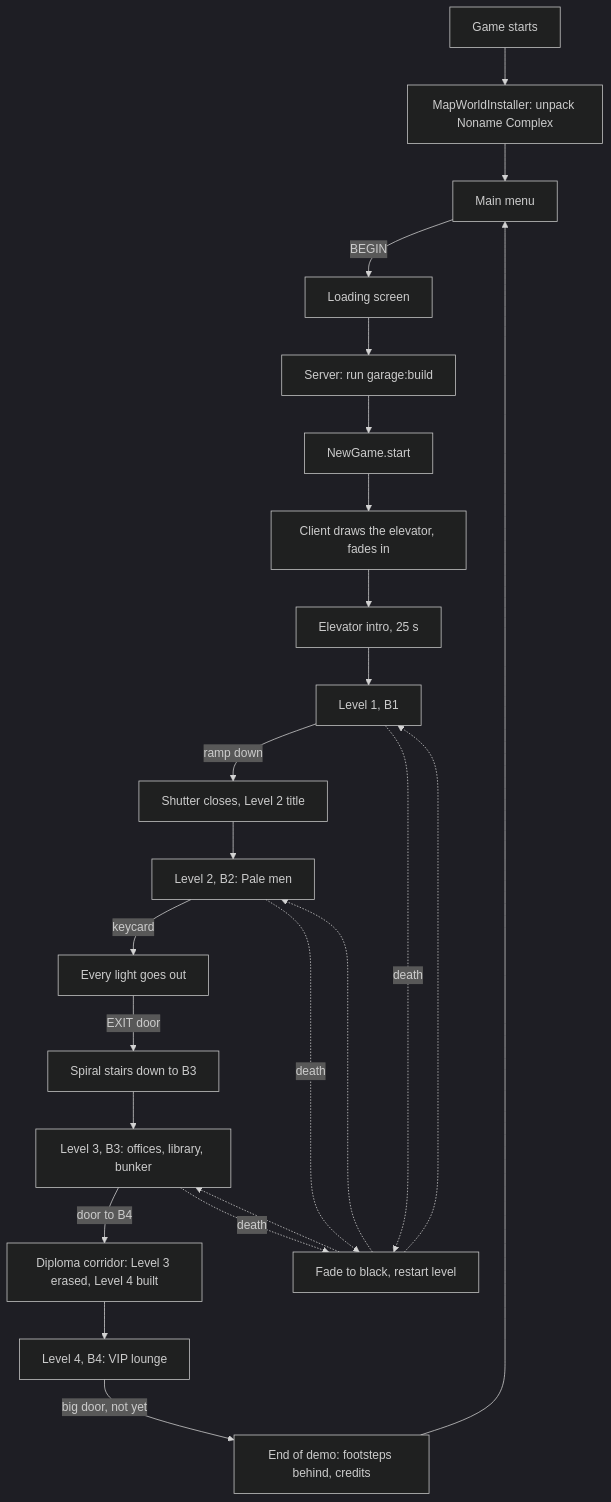
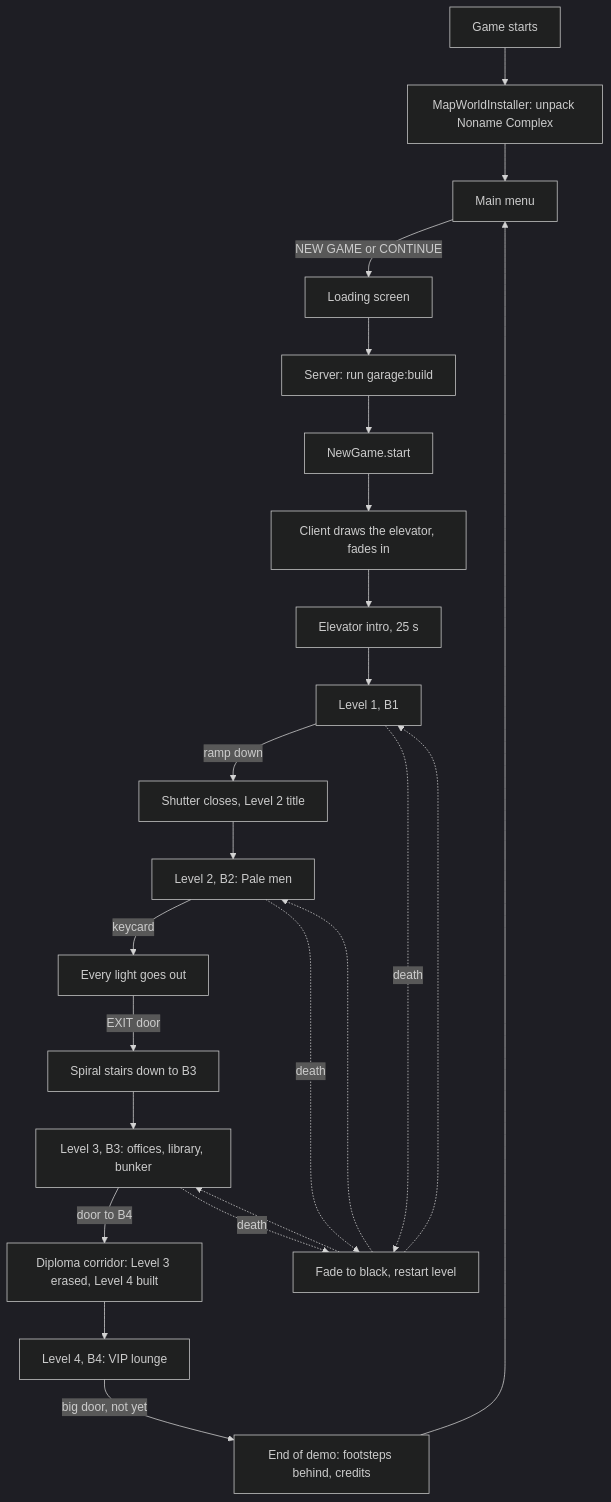
The diagram in docs/en/game-flow.md (Daio7771/EveryTunnelMod), drawn with Mermaid (dark theme) before and after one commit. The commit also changed other lines of this file and 38 other files, not shown here.

First line of the commit message:
Phase 9: a saved game, with CONTINUE in the menu

````diff
--- a/docs/en/game-flow.md
+++ b/docs/en/game-flow.md
@@ -8,26 +8,26 @@
 ```mermaid
 flowchart TD
     A[Game starts] --> B[MapWorldInstaller: unpack Noname Complex]
     B --> C[Main menu]
-    C -->|BEGIN| D[Loading screen]
+    C -->|NEW GAME or CONTINUE| D[Loading screen]
     D --> E[Server: run garage:build]
     E --> F[NewGame.start]
     F --> G[Client draws the elevator, fades in]
     G --> H[Elevator intro, 25 s]
     H --> I[Level 1, B1]
     I -->|ramp down| J[Shutter closes, Level 2 title]
     J --> K[Level 2, B2: Pale men]
     K -->|keycard| L[Every light goes out]
     L -->|EXIT door| M[Spiral stairs down to B3]
     M --> P[Level 3, B3: offices, library, bunker]
     P -->|door to B4| Q[Diploma corridor: Level 3 erased, Level 4 built]
     Q --> R[Level 4, B4: VIP lounge]
     R -->|big door, not yet| N[End of demo: footsteps behind, credits]
     N --> C
     I -.->|death| O[Fade to black, restart level]
     K -.->|death| O
     P -.->|death| O
     O -.-> I
     O -.-> K
     O -.-> P
 ```
````
